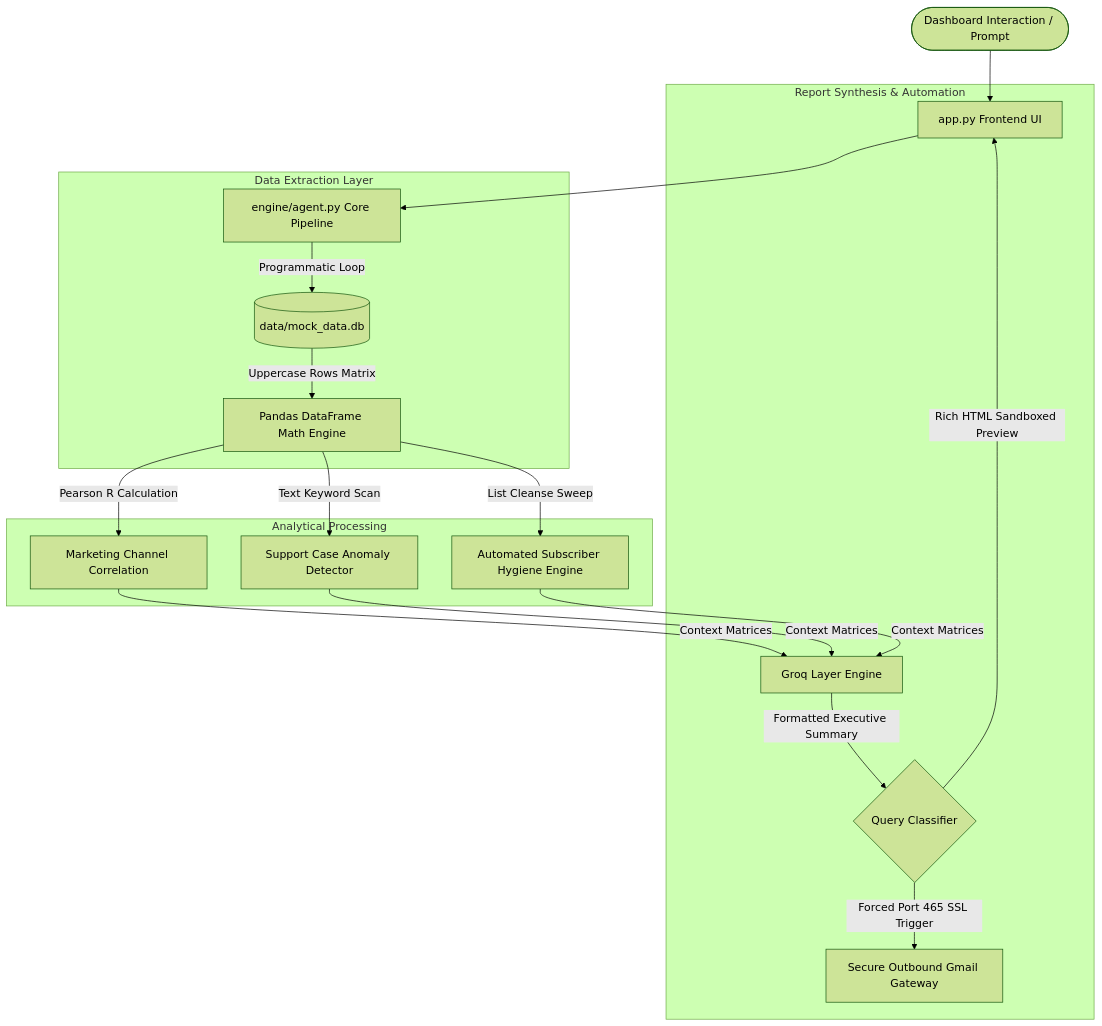
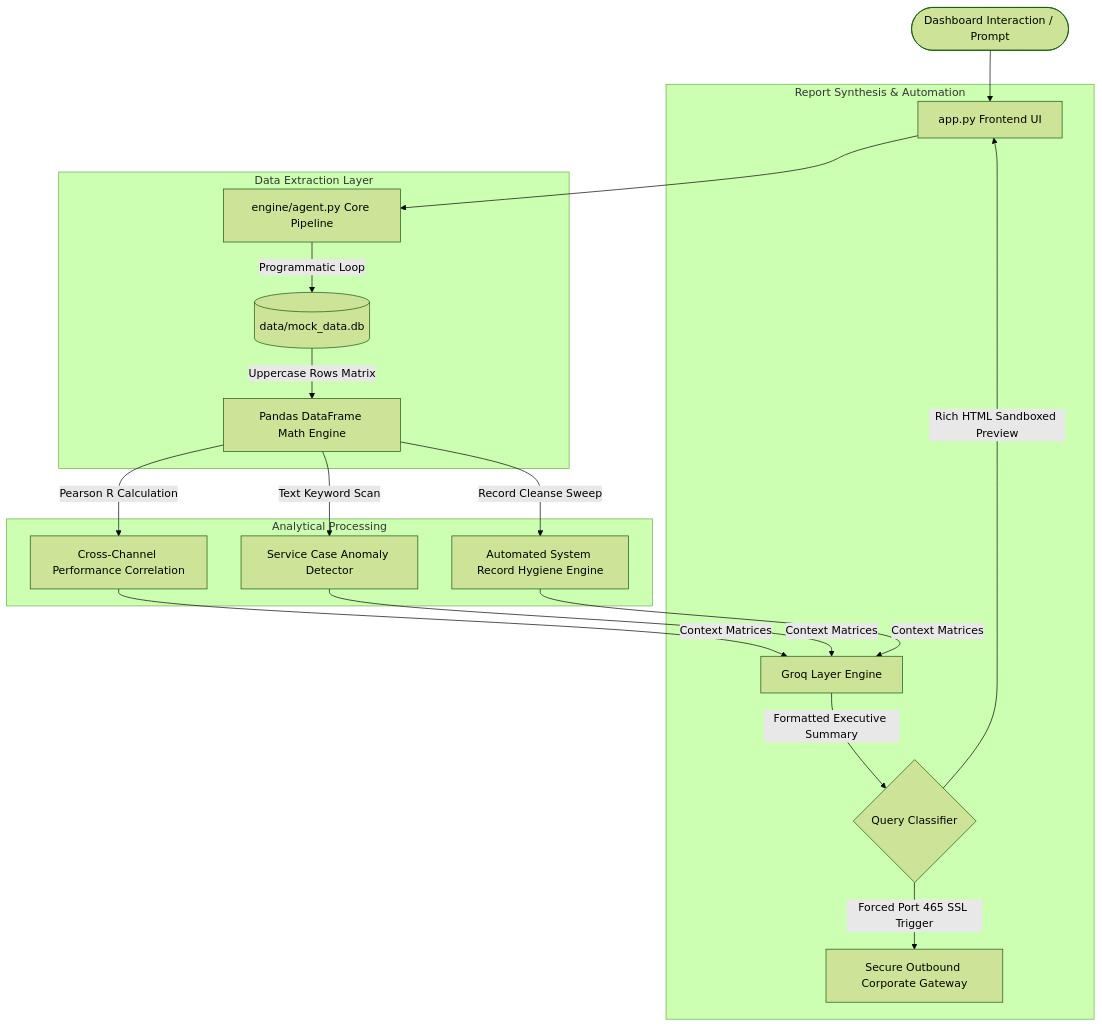
The first of 2 diagrams in README.md (SRINIVASTA/email-campaign-intelligence-agent), drawn with Mermaid (forest theme) before and after one commit. The commit also changed other lines of this file, not shown here.

````diff
--- a/README.md
+++ b/README.md
@@ -16,23 +14,23 @@
 ```mermaid
 graph TD
     User([Dashboard Interaction / Prompt]) --> Streamlit[app.py Frontend UI]
     Streamlit --> Engine[engine/agent.py Core Pipeline]
     
     subgraph Data Extraction Layer
         Engine -->|Programmatic Loop| SQLite[(data/mock_data.db)]
         SQLite -->|Uppercase Rows Matrix| Pandas[Pandas DataFrame Math Engine]
     end
 
     subgraph Analytical Processing
-        Pandas -->|Pearson R Calculation| Calc[Marketing Channel Correlation]
-        Pandas -->|Text Keyword Scan| Anom[Support Case Anomaly Detector]
-        Pandas -->|List Cleanse Sweep| Hygiene[Automated Subscriber Hygiene Engine]
+        Pandas -->|Pearson R Calculation| Calc[Cross-Channel Performance Correlation]
+        Pandas -->|Text Keyword Scan| Anom[Service Case Anomaly Detector]
+        Pandas -->|Record Cleanse Sweep| Hygiene[Automated System Record Hygiene Engine]
     end
 
     subgraph Report Synthesis & Automation
         Calc & Anom & Hygiene -->|Context Matrices| LLM[Groq Layer Engine]
         LLM -->|Formatted Executive Summary| Orchestrator{Query Classifier}
         Orchestrator -->|Rich HTML Sandboxed Preview| Streamlit
-        Orchestrator -->|Forced Port 465 SSL Trigger| SMTP[Secure Outbound Gmail Gateway]
+        Orchestrator -->|Forced Port 465 SSL Trigger| SMTP[Secure Outbound Corporate Gateway]
     end
 ```
````
